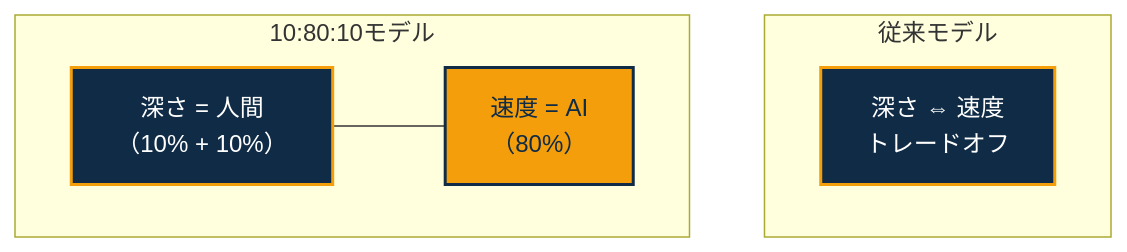
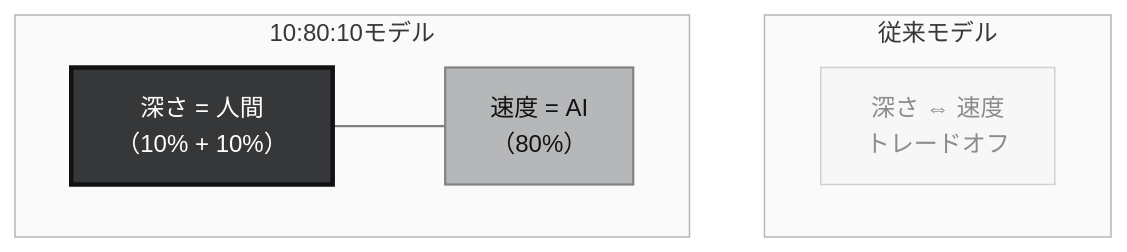
The second of 11 diagrams in docs/jp/the_10_80_10_principle_JP.md (Leading-AI-IO/the-10-80-10-principle), drawn with Mermaid before and after one commit. The commit also changed other lines of this file, not shown here.

````diff
--- a/docs/jp/the_10_80_10_principle_JP.md
+++ b/docs/jp/the_10_80_10_principle_JP.md
@@ -180,15 +182,17 @@
 ```mermaid
+%%{init: {'theme':'base','themeVariables':{'fontFamily':'Helvetica, Arial, sans-serif','lineColor':'#7f8082','primaryTextColor':'#111213','clusterBkg':'#fafafa','clusterBorder':'#b6b7b8','titleColor':'#363738','edgeLabelBackground':'#ffffff'}}}%%
 graph TB
     subgraph "従来モデル"
         T1["深さ ⇔ 速度<br/>トレードオフ"]
     end
     subgraph "10:80:10モデル"
         T2["深さ = 人間<br/>（10% + 10%）"]
         T3["速度 = AI<br/>（80%）"]
         T2 --- T3
     end
 
-    style T1 fill:#0f2b46,stroke:#f59e0b,color:#ffffff,stroke-width:2px
-    style T2 fill:#0f2b46,stroke:#f59e0b,color:#ffffff,stroke-width:2px
-    style T3 fill:#f59e0b,stroke:#0f2b46,color:#0f2b46,stroke-width:2px
+    style T1 fill:#f7f7f7,stroke:#d0d0d1,color:#8a8b8d,stroke-width:1px
+    style T2 fill:#363738,stroke:#111213,color:#ffffff,stroke-width:3px
+    style T3 fill:#b6b7b8,stroke:#838384,color:#111213,stroke-width:1.5px
+    linkStyle default stroke:#7f8082,stroke-width:1.5px
 ```
````
